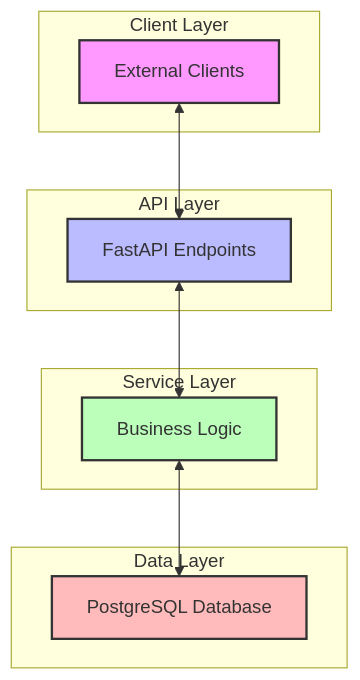
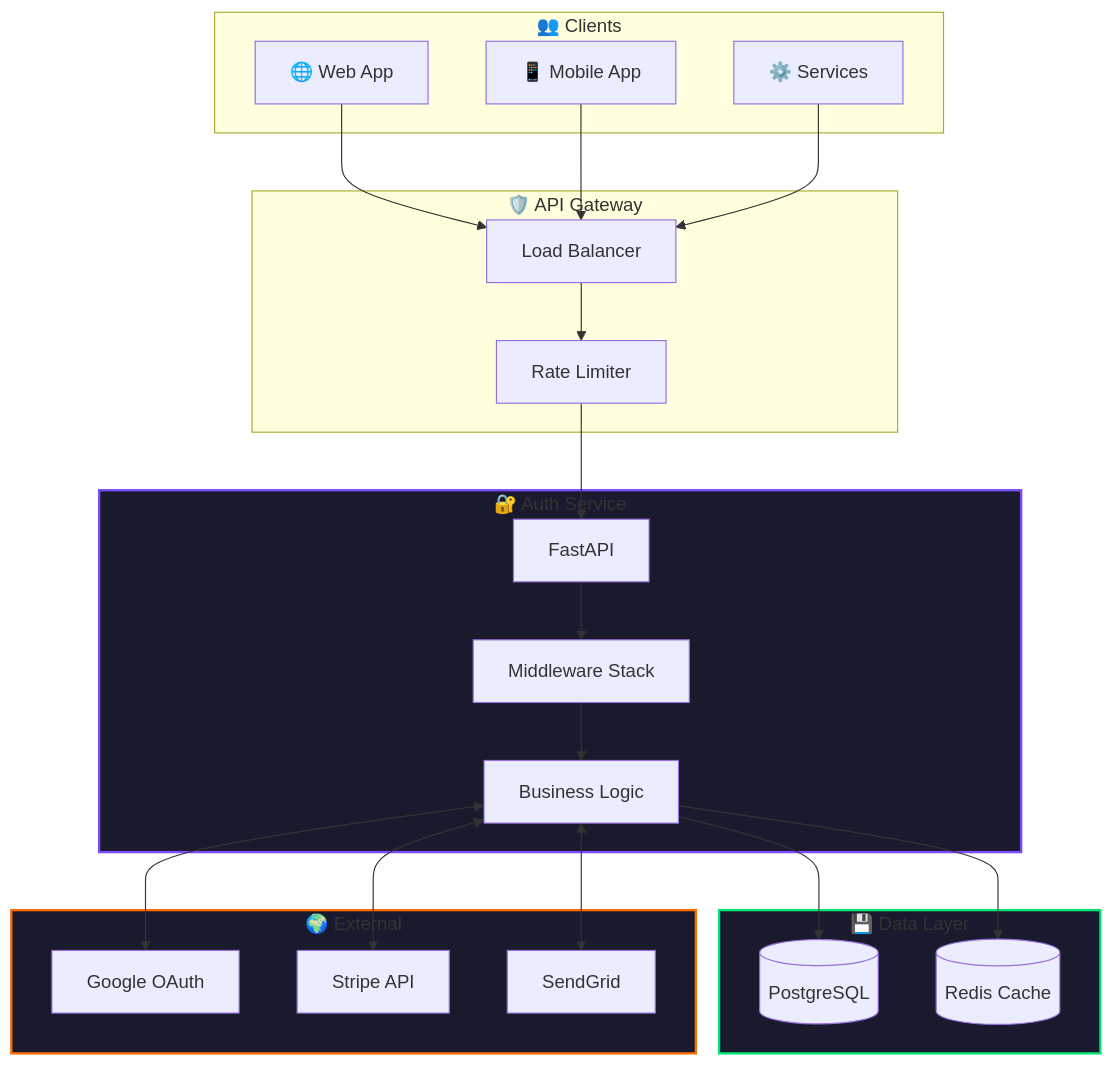
The first of 4 diagrams in README.md (AIgen-Solutions-s-r-l/fastapi-auth-service), drawn with Mermaid before and after one commit. The commit also changed other lines of this file, not shown here.

````diff
--- a/README.md
+++ b/README.md
@@ -44,27 +119,40 @@
 ```mermaid
-graph TD
-    subgraph "Client Layer"
-        A[External Clients]
+flowchart TB
+    subgraph Clients["👥 Clients"]
+        WEB["🌐 Web App"]
+        MOB["📱 Mobile App"]
+        SVC["⚙️ Services"]
     end
-    
-    subgraph "API Layer"
-        B[FastAPI Endpoints]
+
+    subgraph Gateway["🛡️ API Gateway"]
+        LB["Load Balancer"]
+        RL["Rate Limiter"]
     end
-    
-    subgraph "Service Layer"
-        C[Business Logic]
+
+    subgraph Auth["🔐 Auth Service"]
+        API["FastAPI"]
+        MW["Middleware Stack"]
+        BL["Business Logic"]
     end
-    
-    subgraph "Data Layer"
-        D[PostgreSQL Database]
+
+    subgraph Data["💾 Data Layer"]
+        PG[("PostgreSQL")]
+        RD[("Redis Cache")]
     end
-    
-    A <--> B
-    B <--> C
-    C <--> D
-    
-    style A fill:#f9f,stroke:#333,stroke-width:2px
-    style B fill:#bbf,stroke:#333,stroke-width:2px
-    style C fill:#bfb,stroke:#333,stroke-width:2px
-    style D fill:#fbb,stroke:#333,stroke-width:2px
+
+    subgraph External["🌍 External"]
+        GOOGLE["Google OAuth"]
+        STRIPE["Stripe API"]
+        EMAIL["SendGrid"]
+    end
+
+    WEB & MOB & SVC --> LB
+    LB --> RL --> API
+    API --> MW --> BL
+    BL --> PG & RD
+    BL <--> GOOGLE & STRIPE & EMAIL
+
+    style Auth fill:#1a1a2e,stroke:#7C4DFF,stroke-width:2px
+    style Data fill:#1a1a2e,stroke:#00E676,stroke-width:2px
+    style External fill:#1a1a2e,stroke:#FF6D00,stroke-width:2px
 ```
````
